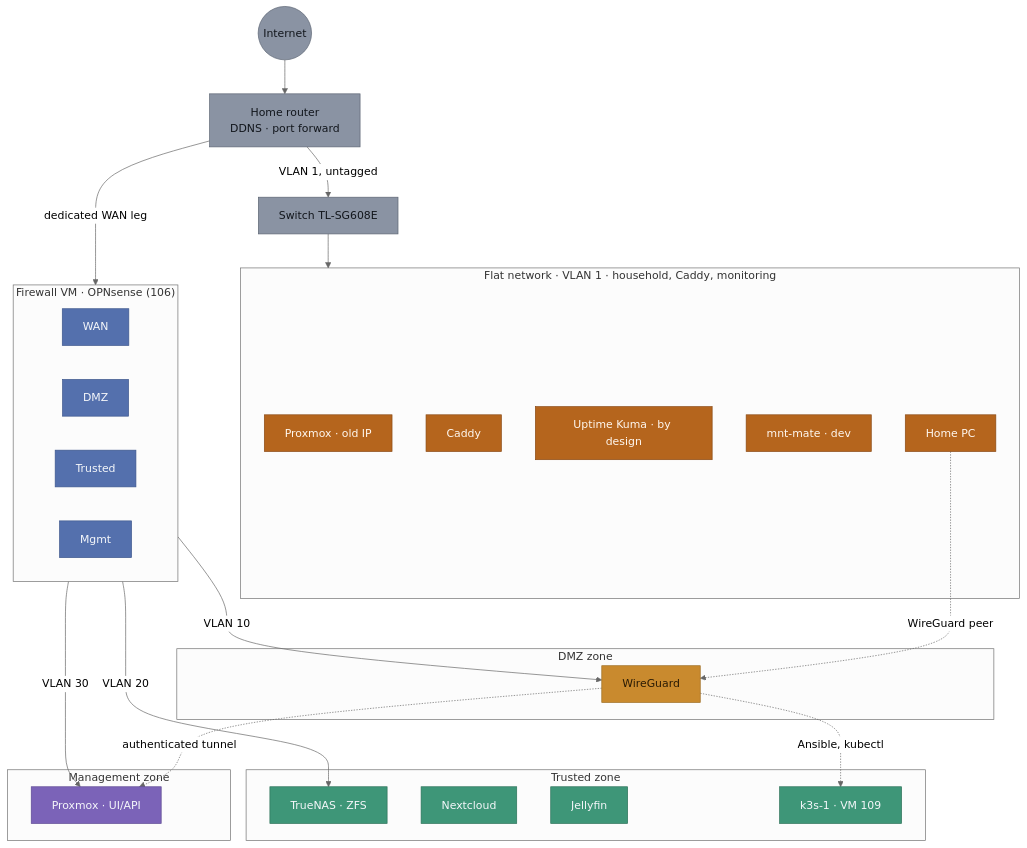
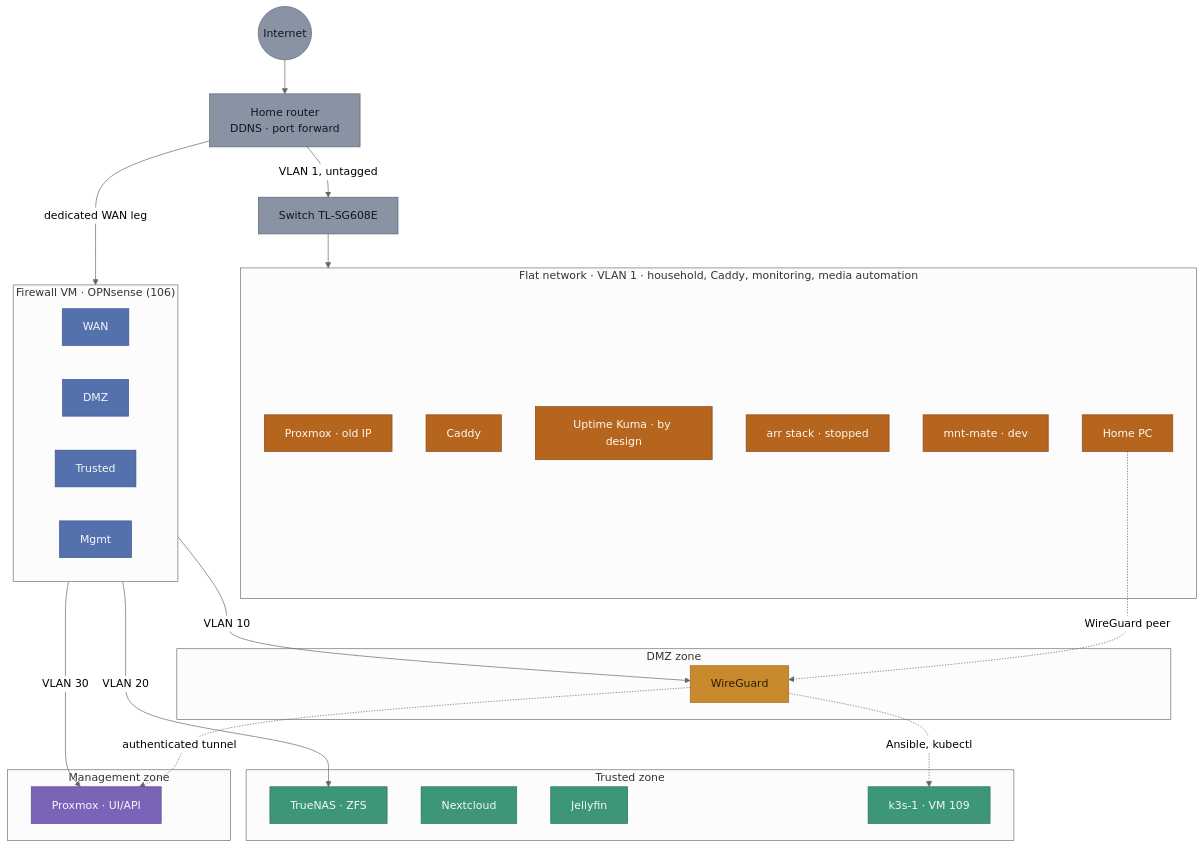
One commit to RuiGRMargarido/homelab changed the first of 6 diagrams in docs/NETWORK.md. Above: the diagram before and after it, drawn with Mermaid (neutral theme). The commit also changed other lines of this file and 3 other files, not shown here.

````diff
--- a/docs/NETWORK.md
+++ b/docs/NETWORK.md
@@ -17,58 +17,59 @@
 ```mermaid
 flowchart TB
     INT(("Internet")):::neut
     ROUTER["Home router<br/>DDNS · port forward"]:::neut
     INT --> ROUTER
 
     SW["Switch TL-SG608E"]:::neut
     ROUTER -- "VLAN 1, untagged" --> SW
     ROUTER -- "dedicated WAN leg" --> FWWAN
 
-    subgraph FLAT["Flat network · VLAN 1 · household, Caddy, monitoring"]
+    subgraph FLAT["Flat network · VLAN 1 · household, Caddy, monitoring, media automation"]
         PVEA["Proxmox · old IP"]:::flat
         CADDY["Caddy"]:::flat
         KUMA["Uptime Kuma · by design"]:::flat
+        ARR["arr stack · stopped"]:::flat
         MNT["mnt-mate · dev"]:::flat
         PC["Home PC"]:::flat
     end
 
     SW --> FLAT
 
     subgraph FW["Firewall VM · OPNsense (106)"]
         direction LR
         FWWAN["WAN"]:::fw
         FWDMZ["DMZ"]:::fw
         FWTRU["Trusted"]:::fw
         FWMGM["Mgmt"]:::fw
     end
 
     FWDMZ -- "VLAN 10" --> WG
     FWTRU -- "VLAN 20" --> TN
     FWMGM -- "VLAN 30" --> PVEB
 
     subgraph DMZ["DMZ zone"]
         WG["WireGuard"]:::dmz
     end
 
     subgraph TRUSTED["Trusted zone"]
         NC["Nextcloud"]:::tru
         JF["Jellyfin"]:::tru
         TN["TrueNAS · ZFS"]:::tru
         K3S["k3s-1 · VM 109"]:::tru
     end
 
     subgraph MGMT["Management zone"]
         PVEB["Proxmox · UI/API"]:::mgmt
     end
 
     PC -. "WireGuard peer" .-> WG
     WG -. "authenticated tunnel" .-> PVEB
     WG -. "Ansible, kubectl" .-> K3S
 
     classDef neut fill:#8A93A3,stroke:#5B6472,color:#12161C
     classDef flat fill:#B5651D,stroke:#8A4A15,color:#FFF8F0
     classDef fw fill:#5470AD,stroke:#3C568C,color:#F5F7FA
     classDef dmz fill:#C98A2E,stroke:#9C6B1F,color:#2A1B04
     classDef mgmt fill:#7B63B8,stroke:#5E4A93,color:#F5F7FA
     classDef tru fill:#3E9678,stroke:#2C7259,color:#F5F7FA
 ```
````
